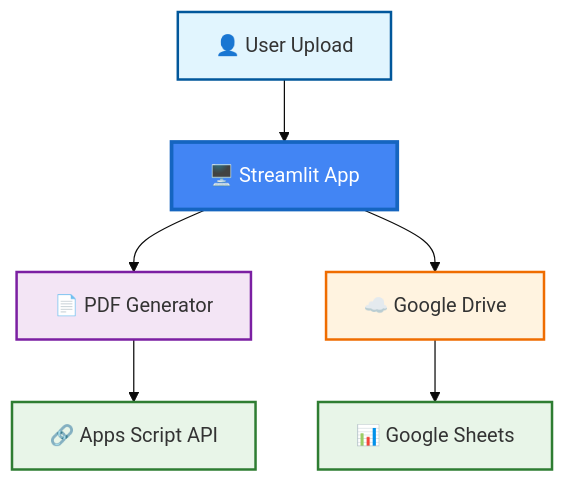
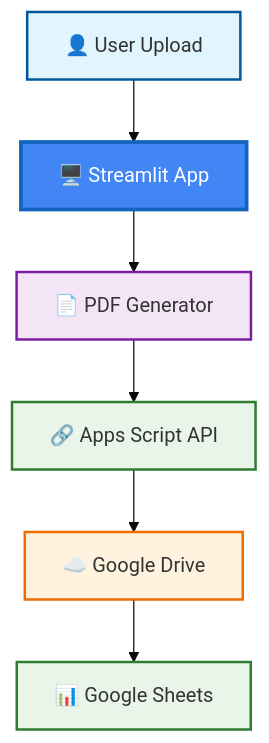
Before and after one commit to Felipe-Aranda-INV/Google-Chiron.SxS_PDF_Generator: the first of 2 diagrams in README.md, drawn with Mermaid (base theme).

````diff
--- a/README.md
+++ b/README.md
@@ -11,15 +11,13 @@
 ```mermaid
 graph TD
     A[👤 User Upload] --> B[🖥️ Streamlit App]
     B --> C[📄 PDF Generator]
-    C --> D[🔗 Apps Script API]
-    B --> E[☁️ Google Drive]
-    E --> F[📊 Google Sheets]
+    C --> D[🔗 Apps Script API] --> E[☁️ Google Drive] --> F[📊 Google Sheets]
     
     style A fill:#e1f5fe,stroke:#01579b,stroke-width:2px
     style B fill:#4285f4,color:#fff,stroke:#1565c0,stroke-width:3px
     style C fill:#f3e5f5,stroke:#7b1fa2,stroke-width:2px
     style D fill:#e8f5e8,stroke:#2e7d32,stroke-width:2px
     style E fill:#fff3e0,stroke:#ef6c00,stroke-width:2px
     style F fill:#e8f5e8,stroke:#2e7d32,stroke-width:2px
 ```
````
